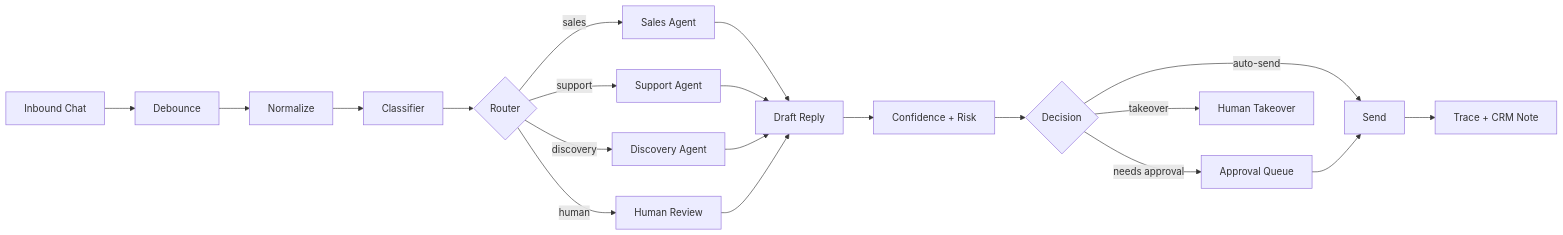
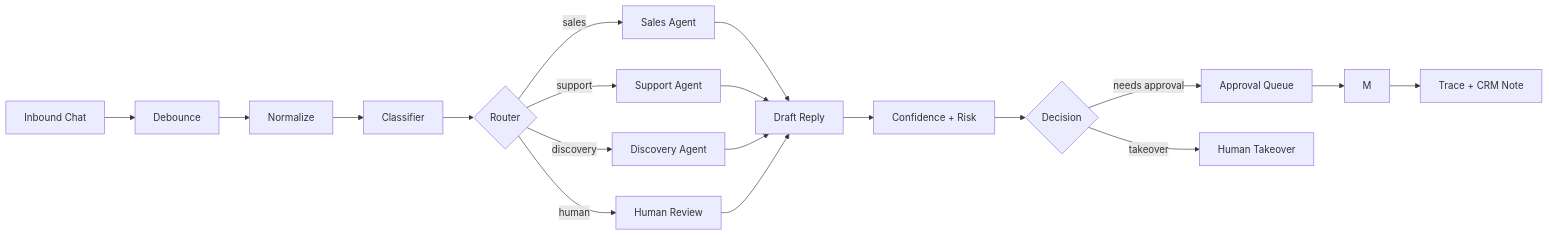
Before and after one commit to rdkrstn/sagad-os: the diagram in docs/blueprints/04-level-1-service-business-mvp.md, drawn with Mermaid. The commit also changed other lines of this file and 7 other files, not shown here.

Commit message:
docs: align architecture with canonical blueprint

````diff
--- a/docs/blueprints/04-level-1-service-business-mvp.md
+++ b/docs/blueprints/04-level-1-service-business-mvp.md
@@ -33,22 +33,21 @@
 ```mermaid
 flowchart LR
     A["Inbound Chat"] --> B["Debounce"]
     B --> C["Normalize"]
     C --> D["Classifier"]
     D --> E{"Router"}
     E -->|"sales"| F["Sales Agent"]
     E -->|"support"| G["Support Agent"]
     E -->|"discovery"| H["Discovery Agent"]
     E -->|"human"| I["Human Review"]
     F --> J["Draft Reply"]
     G --> J
     H --> J
     I --> J
     J --> K["Confidence + Risk"]
     K --> L{"Decision"}
-    L -->|"auto-send"| M["Send"]
     L -->|"needs approval"| N["Approval Queue"]
     L -->|"takeover"| O["Human Takeover"]
     N --> M
     M --> P["Trace + CRM Note"]
 ```
````
